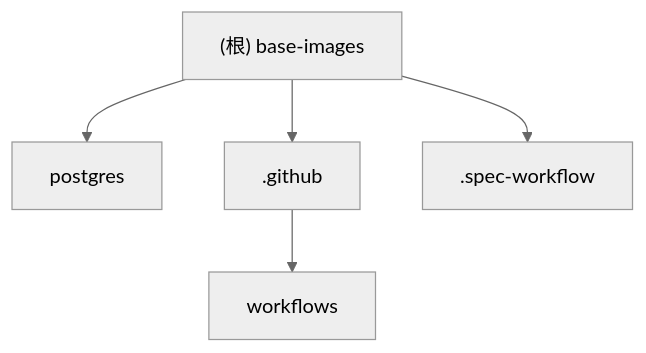
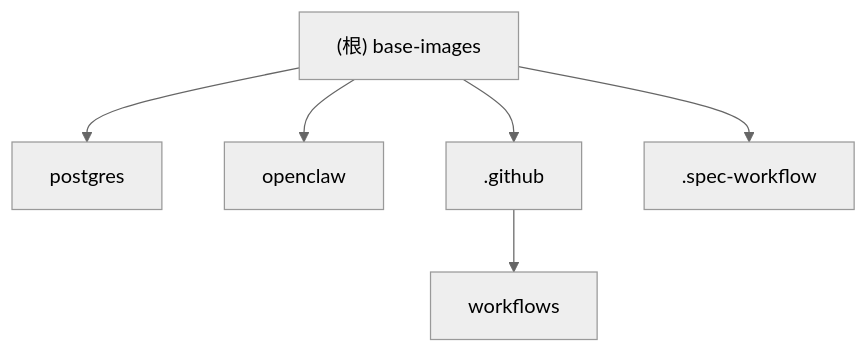
One commit to hiext/base-images changed the diagram in CLAUDE.md. Above: the diagram before and after it, drawn with Mermaid (neutral theme). The commit also changed other lines of this file and 15 other files, not shown here.

````diff
--- a/CLAUDE.md
+++ b/CLAUDE.md
@@ -33,9 +41,11 @@
 ```mermaid
 graph TD
     A["(根) base-images"] --> B["postgres"]
+    A --> F["openclaw"]
     A --> C[".github"]
     C --> D["workflows"]
     A --> E[".spec-workflow"]
 
     click B "./postgres/CLAUDE.md" "查看 postgres 模块文档"
+    click F "./openclaw/CLAUDE.md" "查看 openclaw 模块文档"
 ```
````
